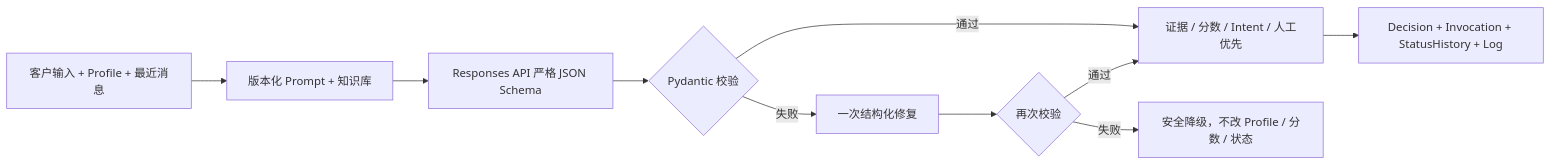
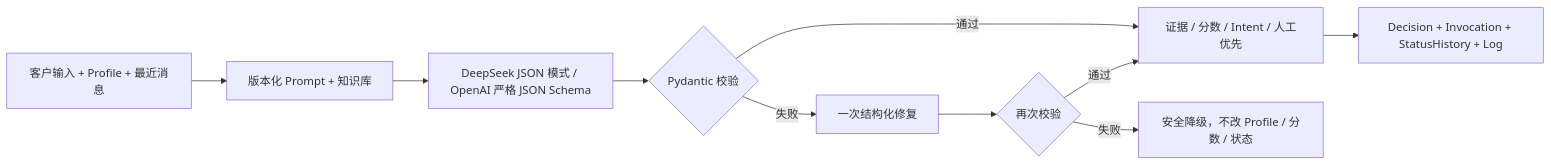
One commit to wuyuhang0519-cyber/julu-ai-sales-assistant changed the third of 5 diagrams in docs/architecture.md. Above: the diagram before and after it, drawn with Mermaid. The commit also changed other lines of this file and 13 other files, not shown here.

Commit message:
feat: add DeepSeek real AI provider

````diff
--- a/docs/architecture.md
+++ b/docs/architecture.md
@@ -48,12 +48,12 @@
 ```mermaid
 flowchart LR
   Input[客户输入 + Profile + 最近消息] --> Prompt[版本化 Prompt + 知识库]
-  Prompt --> Model[Responses API 严格 JSON Schema]
+  Prompt --> Model[DeepSeek JSON 模式 / OpenAI 严格 JSON Schema]
   Model --> Check{Pydantic 校验}
   Check -->|通过| Guard[证据 / 分数 / Intent / 人工优先]
   Check -->|失败| Repair[一次结构化修复]
   Repair --> Check2{再次校验}
   Check2 -->|通过| Guard
   Check2 -->|失败| Fallback[安全降级，不改 Profile / 分数 / 状态]
   Guard --> Persist[Decision + Invocation + StatusHistory + Log]
 ```
````
